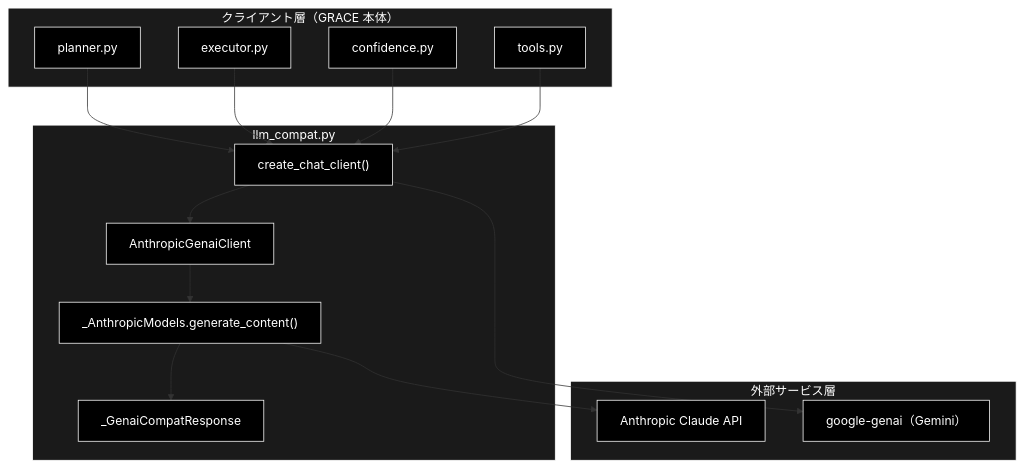
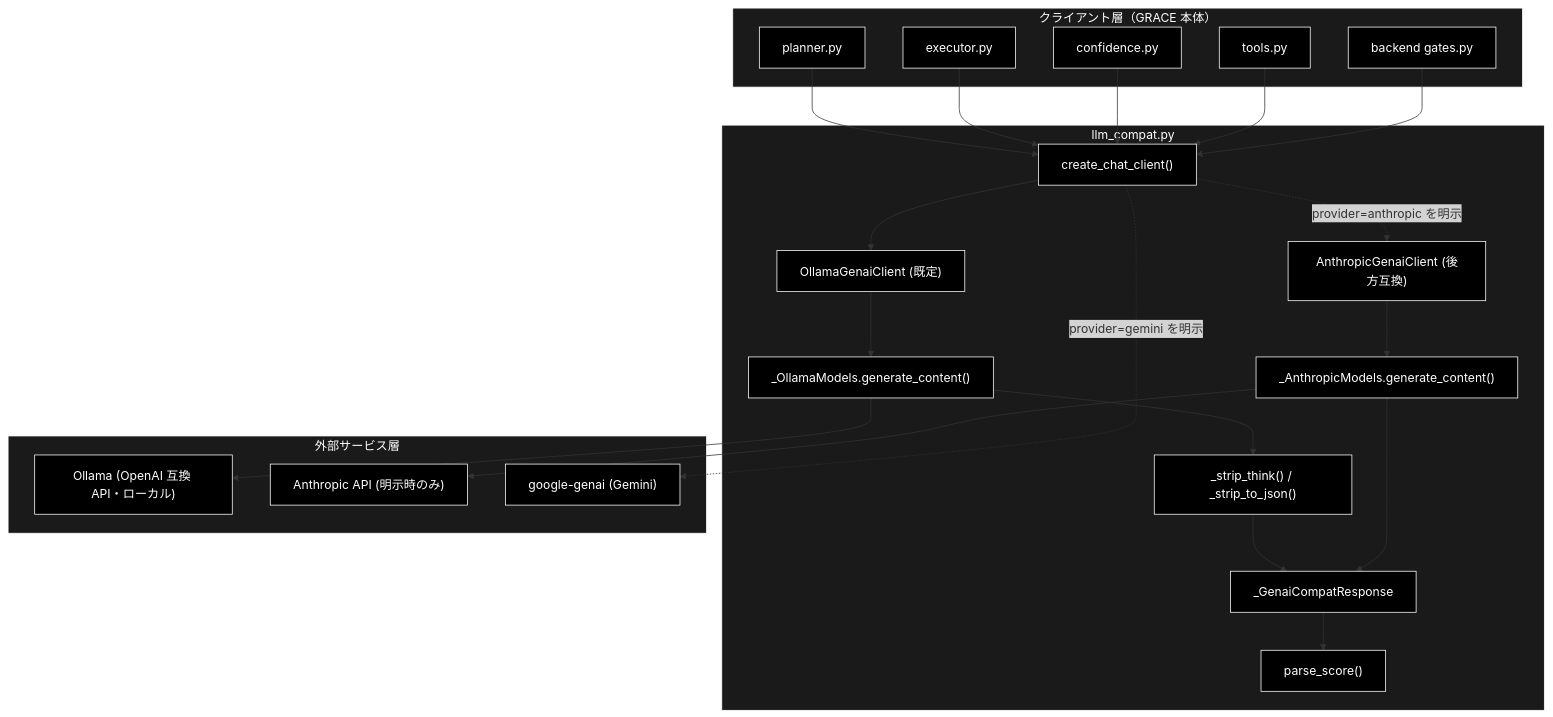
The first of 3 diagrams in grace/docs/llm_compat.md (nakashima2toshio/grace_v2_local), drawn with Mermaid before and after one commit. The commit also changed other lines of this file and 4 other files, not shown here.

````diff
--- a/grace/docs/llm_compat.md
+++ b/grace/docs/llm_compat.md
@@ -79,37 +96,50 @@
 ```mermaid
 flowchart TB
     subgraph CLIENT["クライアント層（GRACE 本体）"]
         PLANNER["planner.py"]
         EXECUTOR["executor.py"]
         CONFIDENCE["confidence.py"]
         TOOLS["tools.py"]
+        GATES["backend gates.py"]
     end
 
     subgraph MODULE["llm_compat.py"]
         FACTORY["create_chat_client()"]
-        ACLIENT["AnthropicGenaiClient"]
+        OCLIENT["OllamaGenaiClient (既定)"]
+        OMODELS["_OllamaModels.generate_content()"]
+        ACLIENT["AnthropicGenaiClient (後方互換)"]
         AMODELS["_AnthropicModels.generate_content()"]
+        STRIP["_strip_think() / _strip_to_json()"]
         RESP["_GenaiCompatResponse"]
+        SCORE["parse_score()"]
     end
 
     subgraph EXTERNAL["外部サービス層"]
-        ANTHROPIC["Anthropic Claude API"]
-        GENAI["google-genai（Gemini）"]
+        OLLAMA["Ollama (OpenAI 互換 API・ローカル)"]
+        ANTHROPIC["Anthropic API (明示時のみ)"]
+        GENAI["google-genai (Gemini)"]
     end
 
     PLANNER --> FACTORY
     EXECUTOR --> FACTORY
     CONFIDENCE --> FACTORY
     TOOLS --> FACTORY
-    FACTORY --> ACLIENT
-    FACTORY --> GENAI
+    GATES --> FACTORY
+    FACTORY --> OCLIENT
+    FACTORY -.->|"provider=anthropic を明示"| ACLIENT
+    FACTORY -.->|"provider=gemini を明示"| GENAI
+    OCLIENT --> OMODELS
+    OMODELS --> OLLAMA
+    OMODELS --> STRIP
+    STRIP --> RESP
     ACLIENT --> AMODELS
     AMODELS --> ANTHROPIC
     AMODELS --> RESP
+    RESP --> SCORE
 classDef default fill:#000,stroke:#fff,color:#fff
 classDef subgraphStyle fill:#1a1a1a,stroke:#fff,color:#fff
-class PLANNER,EXECUTOR,CONFIDENCE,TOOLS,FACTORY,ACLIENT,AMODELS,RESP,ANTHROPIC,GENAI default
+class PLANNER,EXECUTOR,CONFIDENCE,TOOLS,GATES,FACTORY,OCLIENT,OMODELS,ACLIENT,AMODELS,STRIP,RESP,SCORE,OLLAMA,ANTHROPIC,GENAI default
 style CLIENT fill:#1a1a1a,stroke:#fff,color:#fff
 style MODULE fill:#1a1a1a,stroke:#fff,color:#fff
 style EXTERNAL fill:#1a1a1a,stroke:#fff,color:#fff
 ```
````
